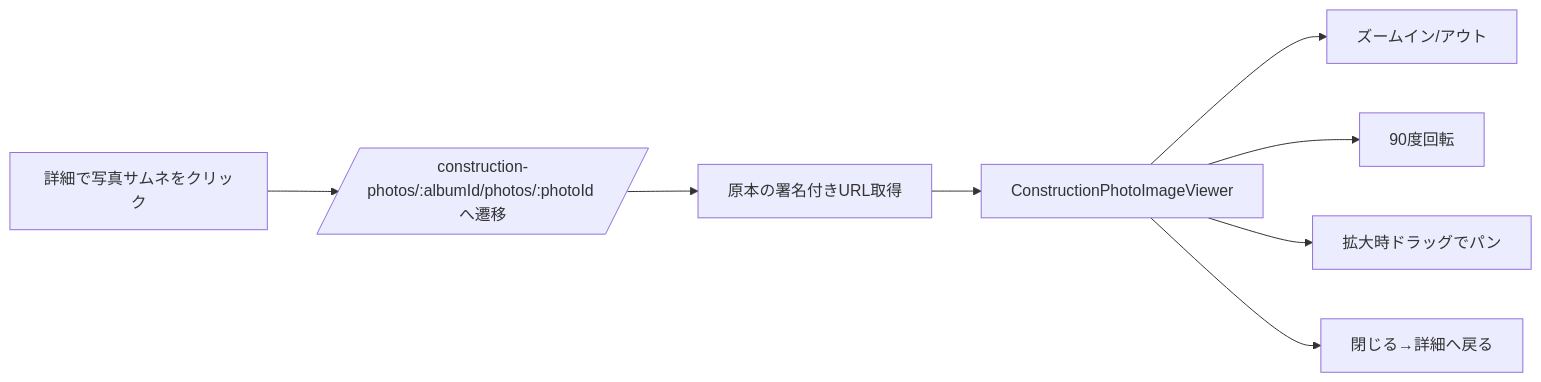
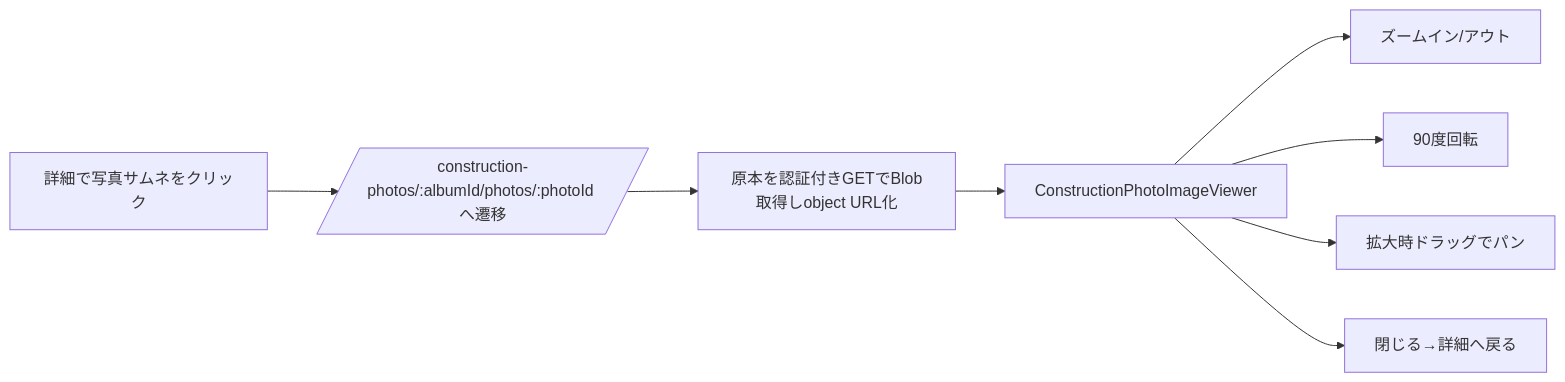
Before and after one commit to inakanou/ArchiTrack: the seventh of 8 diagrams in .kiro/specs/construction-photo/design.md, drawn with Mermaid. The commit also changed other lines of this file and 1 other file, not shown here.

````diff
--- a/.kiro/specs/construction-photo/design.md
+++ b/.kiro/specs/construction-photo/design.md
@@ -495,10 +505,10 @@
 ```mermaid
 flowchart LR
     Thumb[詳細で写真サムネをクリック] --> Nav[/construction-photos/:albumId/photos/:photoId へ遷移/]
-    Nav --> Fetch[原本の署名付きURL取得]
+    Nav --> Fetch[原本を認証付きGETでBlob取得しobject URL化]
     Fetch --> View[ConstructionPhotoImageViewer]
     View --> Z[ズームイン/アウト]
     View --> R[90度回転]
     View --> P[拡大時ドラッグでパン]
     View --> Close[閉じる→詳細へ戻る]
 ```
````
